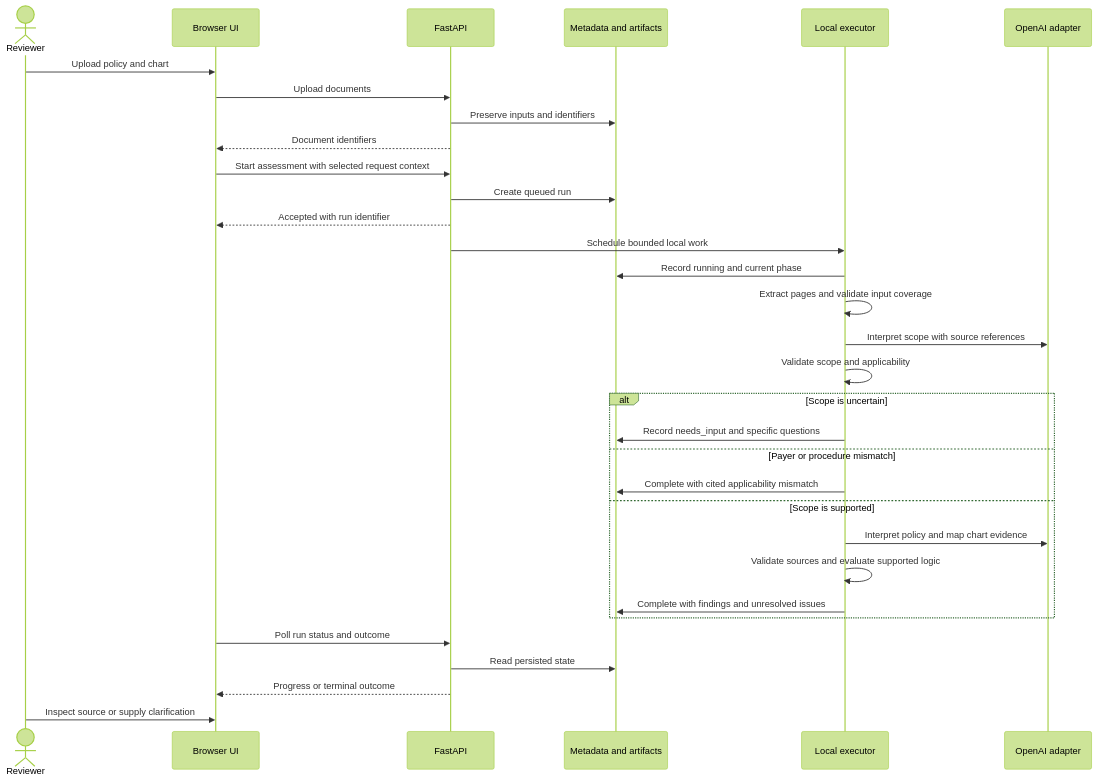
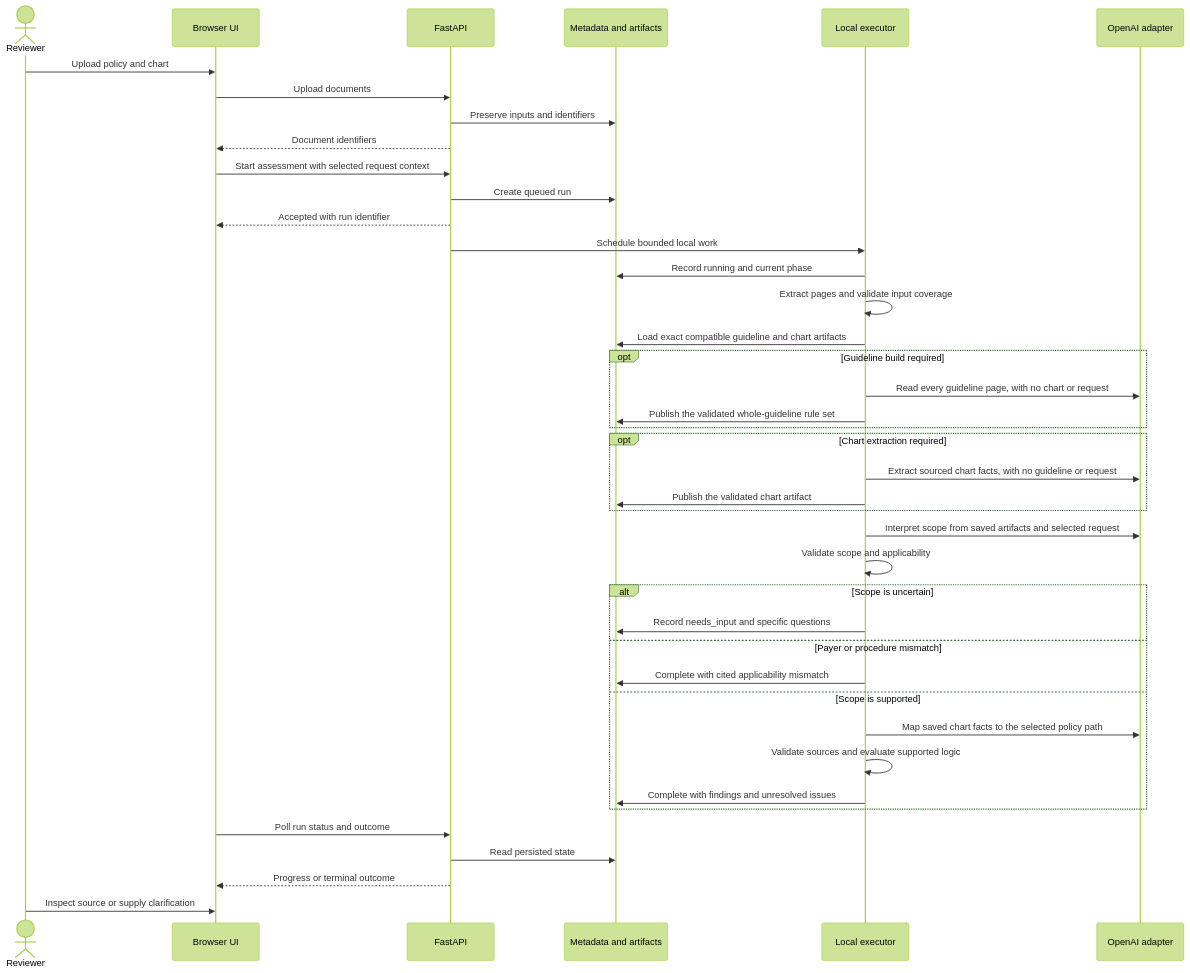
The third of 4 diagrams in docs/architecture.md (alexeynesteruk/aira), drawn with Mermaid (forest theme) before and after one commit. The commit also changed other lines of this file and 94 other files, not shown here.

````diff
--- a/docs/architecture.md
+++ b/docs/architecture.md
@@ -91,34 +100,43 @@
 ```mermaid
 sequenceDiagram
     actor Reviewer
     participant UI as Browser UI
     participant API as FastAPI
     participant Store as Metadata and artifacts
     participant Worker as Local executor
     participant Model as OpenAI adapter
     Reviewer->>UI: Upload policy and chart
     UI->>API: Upload documents
     API->>Store: Preserve inputs and identifiers
     API-->>UI: Document identifiers
     UI->>API: Start assessment with selected request context
     API->>Store: Create queued run
     API-->>UI: Accepted with run identifier
     API->>Worker: Schedule bounded local work
     Worker->>Store: Record running and current phase
     Worker->>Worker: Extract pages and validate input coverage
-    Worker->>Model: Interpret scope with source references
+    Worker->>Store: Load exact compatible guideline and chart artifacts
+    opt Guideline build required
+        Worker->>Model: Read every guideline page, with no chart or request
+        Worker->>Store: Publish the validated whole-guideline rule set
+    end
+    opt Chart extraction required
+        Worker->>Model: Extract sourced chart facts, with no guideline or request
+        Worker->>Store: Publish the validated chart artifact
+    end
+    Worker->>Model: Interpret scope from saved artifacts and selected request
     Worker->>Worker: Validate scope and applicability
     alt Scope is uncertain
         Worker->>Store: Record needs_input and specific questions
     else Payer or procedure mismatch
         Worker->>Store: Complete with cited applicability mismatch
     else Scope is supported
-        Worker->>Model: Interpret policy and map chart evidence
+        Worker->>Model: Map saved chart facts to the selected policy path
         Worker->>Worker: Validate sources and evaluate supported logic
         Worker->>Store: Complete with findings and unresolved issues
     end
     UI->>API: Poll run status and outcome
     API->>Store: Read persisted state
     API-->>UI: Progress or terminal outcome
     Reviewer->>UI: Inspect source or supply clarification
 ```
````
